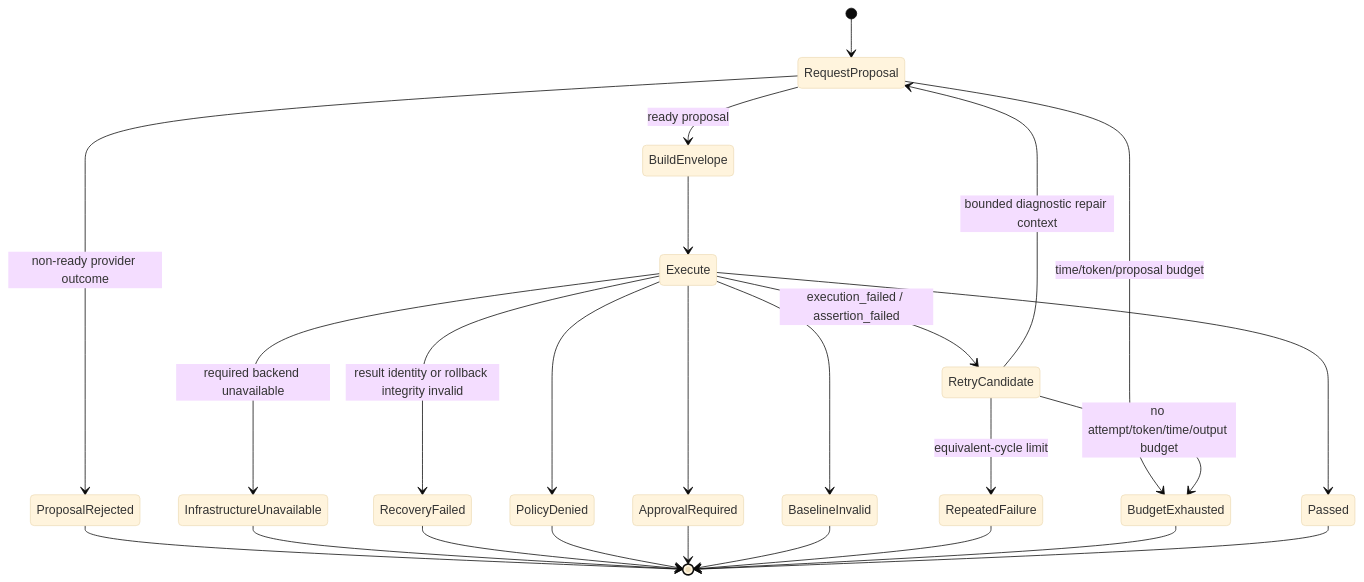
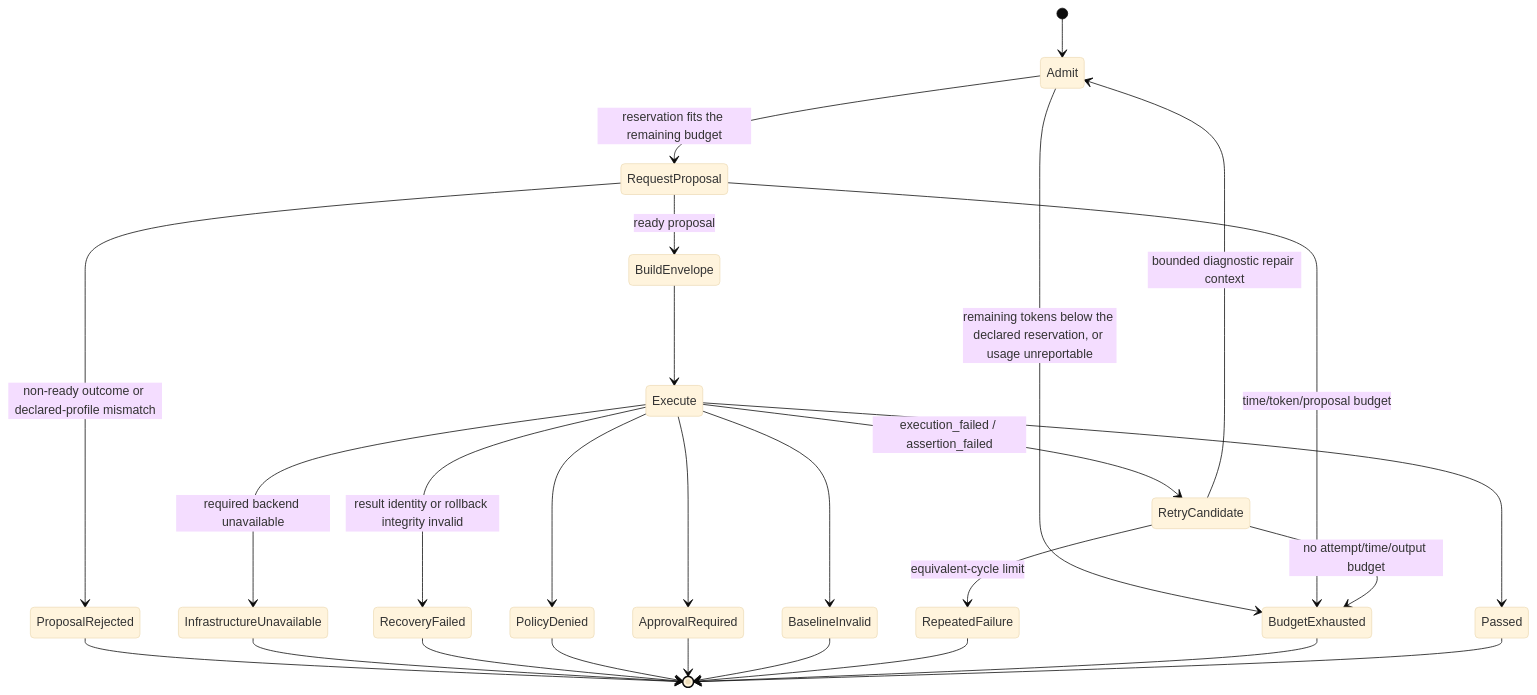
Before and after one commit to ed3c/XT-Aegis: the fourth of 11 diagrams in docs/REPOSITORY_STATE_MACHINES.md, drawn with Mermaid (base theme). The commit also changed other lines of this file and 10 other files, not shown here.

First line of the commit message:
feat: admit provider calls against the remaining token budget (#60)

````diff
--- a/docs/REPOSITORY_STATE_MACHINES.md
+++ b/docs/REPOSITORY_STATE_MACHINES.md
@@ -147,27 +147,29 @@
 ```mermaid
 stateDiagram-v2
-    [*] --> RequestProposal
-    RequestProposal --> ProposalRejected: non-ready provider outcome
+    [*] --> Admit
+    Admit --> BudgetExhausted: remaining tokens below the declared reservation, or usage unreportable
+    Admit --> RequestProposal: reservation fits the remaining budget
+    RequestProposal --> ProposalRejected: non-ready outcome or declared-profile mismatch
     RequestProposal --> BudgetExhausted: time/token/proposal budget
     RequestProposal --> BuildEnvelope: ready proposal
     BuildEnvelope --> Execute
     Execute --> InfrastructureUnavailable: required backend unavailable
     Execute --> RecoveryFailed: result identity or rollback integrity invalid
     Execute --> PolicyDenied
     Execute --> ApprovalRequired
     Execute --> BaselineInvalid
     Execute --> Passed
     Execute --> RetryCandidate: execution_failed / assertion_failed
     RetryCandidate --> RepeatedFailure: equivalent-cycle limit
-    RetryCandidate --> BudgetExhausted: no attempt/token/time/output budget
-    RetryCandidate --> RequestProposal: bounded diagnostic repair context
+    RetryCandidate --> BudgetExhausted: no attempt/time/output budget
+    RetryCandidate --> Admit: bounded diagnostic repair context
     ProposalRejected --> [*]
     InfrastructureUnavailable --> [*]
     RecoveryFailed --> [*]
     PolicyDenied --> [*]
     ApprovalRequired --> [*]
     BaselineInvalid --> [*]
     RepeatedFailure --> [*]
     BudgetExhausted --> [*]
     Passed --> [*]
 ```
````
